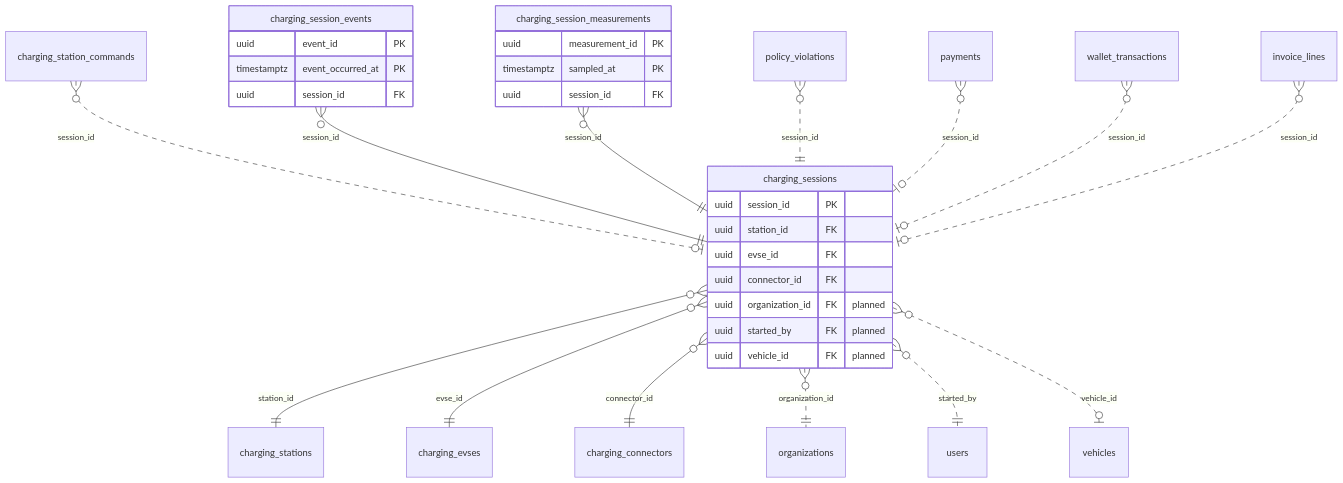
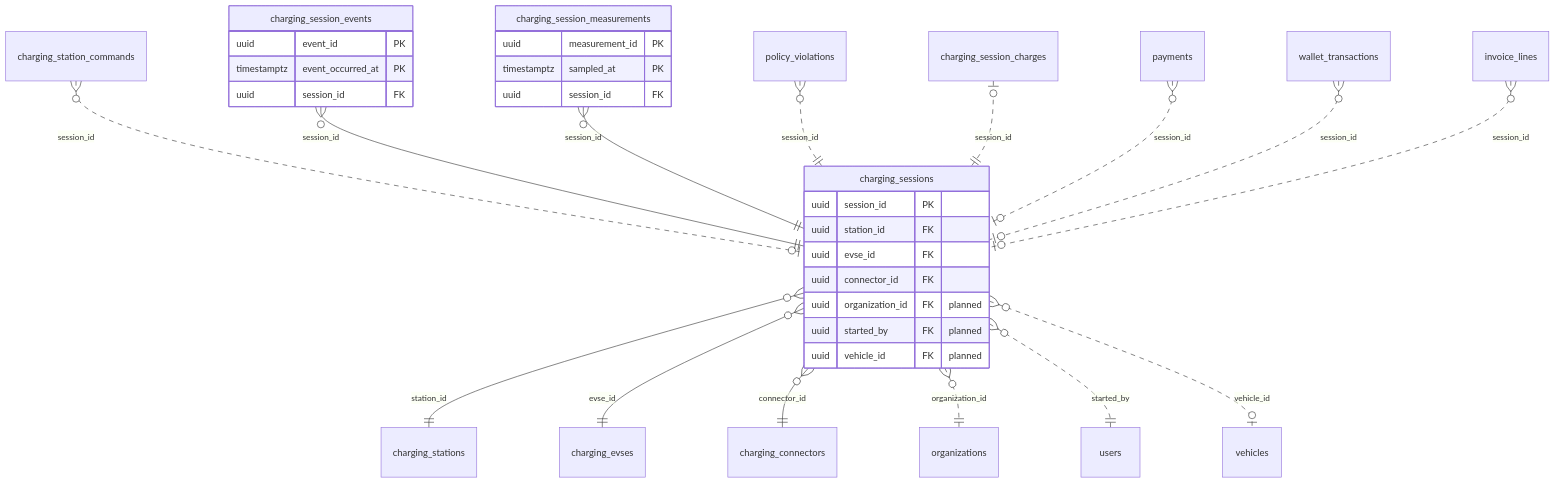
One commit to yolo-coccoc/G3Network-app changed the diagram in docs/design/domain-model/domains/charging_sessions.md. Above: the diagram before and after it, drawn with Mermaid. The commit also changed other lines of this file and 8 other files, not shown here.

First line of the commit message:
docs(domain-model): design the charging session charges table

````diff
--- a/docs/design/domain-model/domains/charging_sessions.md
+++ b/docs/design/domain-model/domains/charging_sessions.md
@@ -17,35 +17,36 @@
 ```mermaid
 erDiagram
   charging_sessions {
     uuid session_id PK
     uuid station_id FK
     uuid evse_id FK
     uuid connector_id FK
     uuid organization_id FK "planned"
     uuid started_by FK "planned"
     uuid vehicle_id FK "planned"
   }
   charging_session_events {
     uuid event_id PK
     timestamptz event_occurred_at PK
     uuid session_id FK
   }
   charging_session_measurements {
     uuid measurement_id PK
     timestamptz sampled_at PK
     uuid session_id FK
   }
   charging_station_commands }o..o| charging_sessions : "session_id"
   charging_sessions }o--|| charging_stations : "station_id"
   charging_sessions }o--|| charging_evses : "evse_id"
   charging_sessions }o--|| charging_connectors : "connector_id"
   charging_sessions }o..|| organizations : "organization_id"
   charging_sessions }o..|| users : "started_by"
   charging_sessions }o..o| vehicles : "vehicle_id"
   charging_session_events }o--|| charging_sessions : "session_id"
   charging_session_measurements }o--|| charging_sessions : "session_id"
   policy_violations }o..|| charging_sessions : "session_id"
+  charging_session_charges |o..|| charging_sessions : "session_id"
   payments }o..o| charging_sessions : "session_id"
   wallet_transactions }o..o| charging_sessions : "session_id"
   invoice_lines }o..o| charging_sessions : "session_id"
 ```
````
